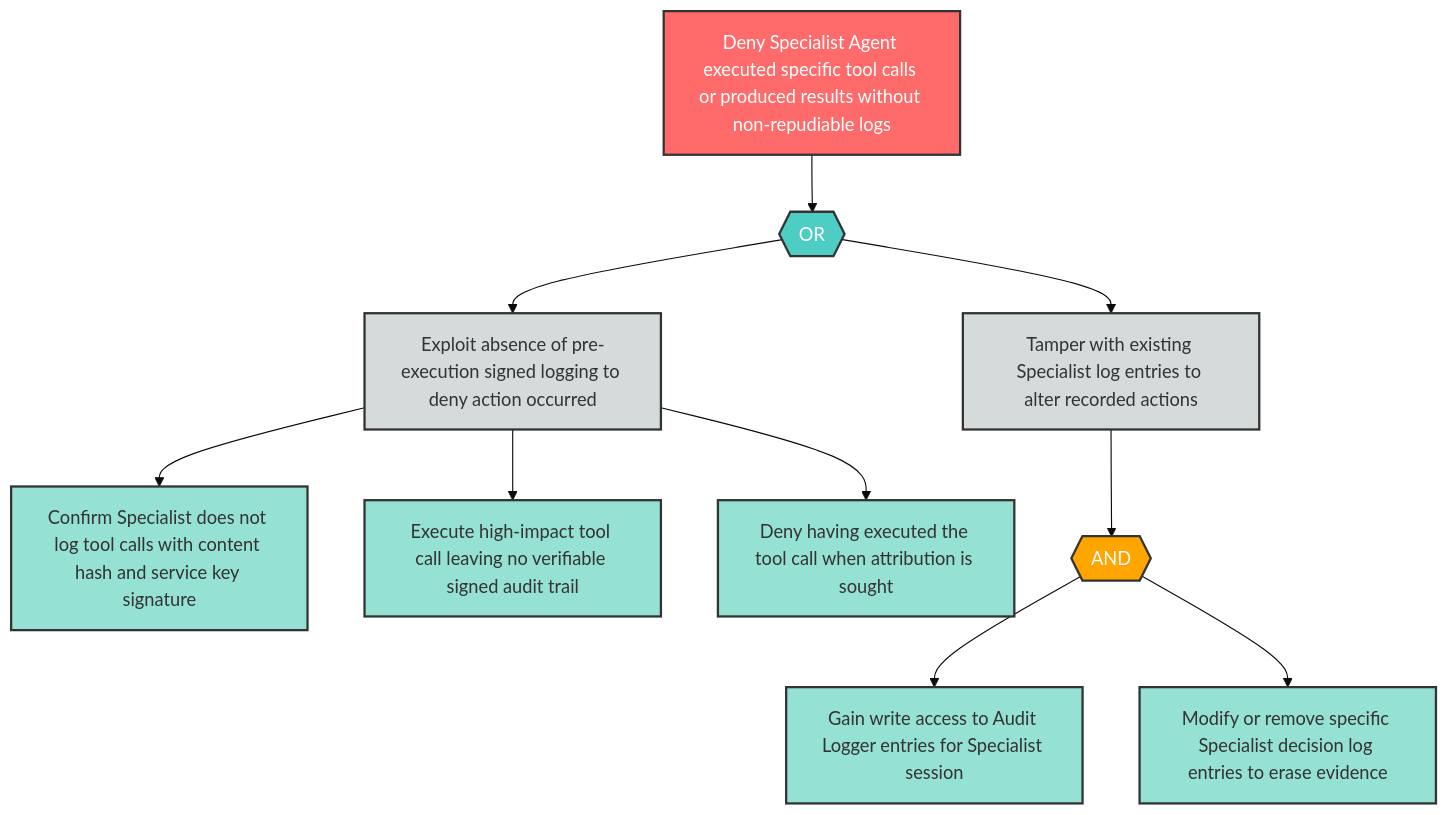
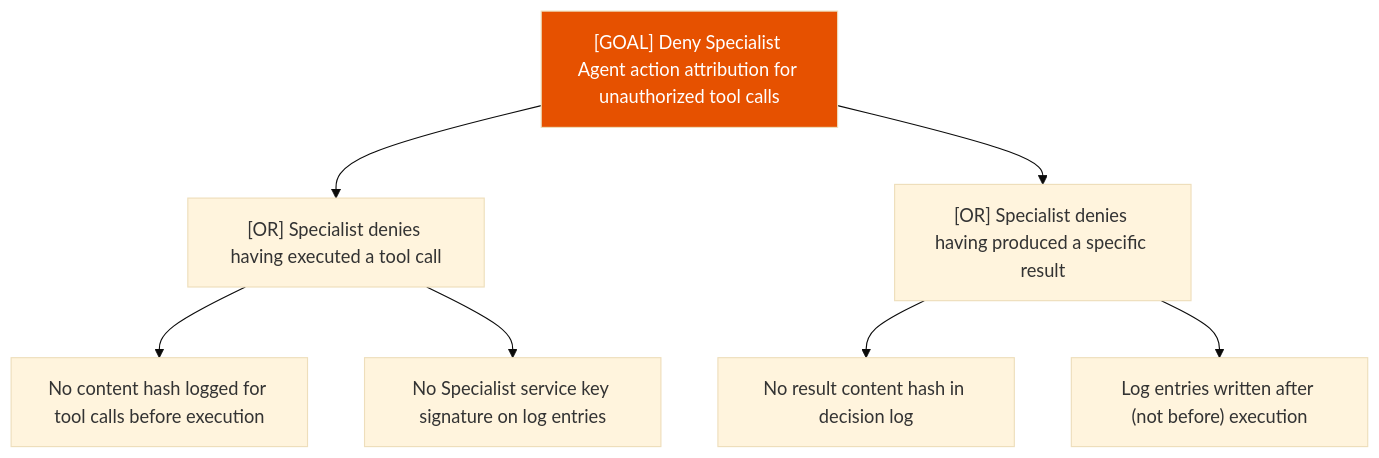
The diagram in examples/agentic-app/sample-report/attack-trees/r-4-attack-tree.md (q-qp-p/davidmatousek-tachi), drawn with Mermaid (base theme) before and after one commit. The commit also changed other lines of this file and 132 other files, not shown here.

````diff
--- a/examples/agentic-app/sample-report/attack-trees/r-4-attack-tree.md
+++ b/examples/agentic-app/sample-report/attack-trees/r-4-attack-tree.md
@@ -8,35 +7,12 @@
 ```mermaid
-flowchart TD
-    R4_root["Deny Specialist Agent executed specific tool calls or produced results without non-repudiable logs"]
-    R4_or1{{"OR"}}
-    R4_sub1["Exploit absence of pre-execution signed logging to deny action occurred"]
-    R4_sub2["Tamper with existing Specialist log entries to alter recorded actions"]
-    R4_leaf1["Confirm Specialist does not log tool calls with content hash and service key signature"]
-    R4_leaf2["Execute high-impact tool call leaving no verifiable signed audit trail"]
-    R4_leaf3["Deny having executed the tool call when attribution is sought"]
-    R4_and1{{"AND"}}
-    R4_leaf4["Gain write access to Audit Logger entries for Specialist session"]
-    R4_leaf5["Modify or remove specific Specialist decision log entries to erase evidence"]
-
-    R4_root --> R4_or1
-    R4_or1 --> R4_sub1
-    R4_or1 --> R4_sub2
-    R4_sub1 --> R4_leaf1
-    R4_sub1 --> R4_leaf2
-    R4_sub1 --> R4_leaf3
-    R4_sub2 --> R4_and1
-    R4_and1 --> R4_leaf4
-    R4_and1 --> R4_leaf5
-
-    classDef goal fill:#ff6b6b,stroke:#333,stroke-width:2px,color:#fff
-    classDef andGate fill:#ffa500,stroke:#333,stroke-width:2px,color:#fff
-    classDef orGate fill:#4ecdc4,stroke:#333,stroke-width:2px,color:#fff
-    classDef subGoal fill:#d5dbdb,stroke:#333,stroke-width:2px,color:#333
-    classDef leaf fill:#95e1d3,stroke:#333,stroke-width:2px,color:#333
-
-    class R4_root goal
-    class R4_or1 orGate
-    class R4_and1 andGate
-    class R4_sub1,R4_sub2 subGoal
-    class R4_leaf1,R4_leaf2,R4_leaf3,R4_leaf4,R4_leaf5 leaf
+graph TD
+    Goal["[GOAL] Deny Specialist Agent action attribution for unauthorized tool calls"]
+    Goal --> A["[OR] Specialist denies having executed a tool call"]
+    A --> A1["No content hash logged for tool calls before execution"]
+    A --> A2["No Specialist service key signature on log entries"]
+    Goal --> B["[OR] Specialist denies having produced a specific result"]
+    B --> B1["No result content hash in decision log"]
+    B --> B2["Log entries written after (not before) execution"]
+    classDef high fill:#e65100,color:#fff
+    class Goal high
 ```
````
